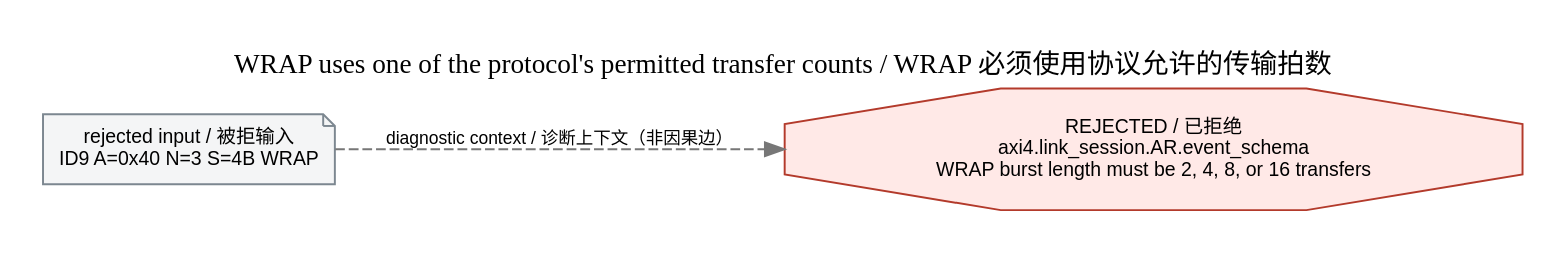
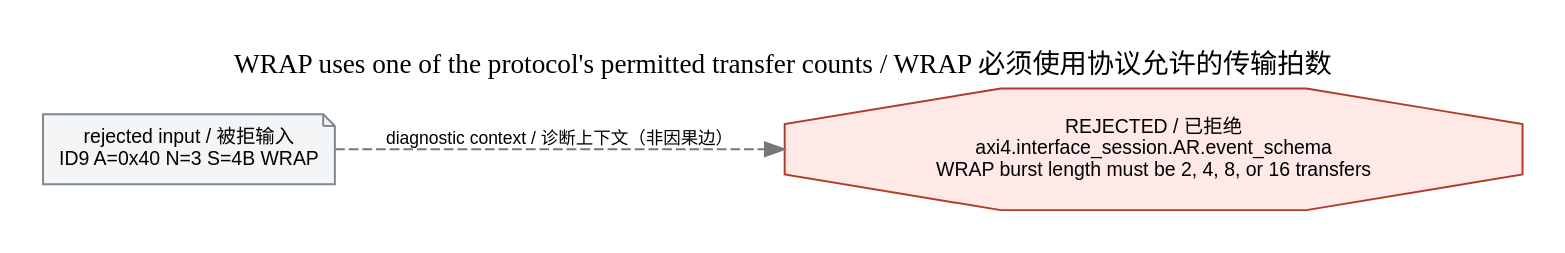
Before and after one commit to WhiteDeerPro/PROTOCOL_MODEL: the diagram in showcase/generated/axi4/sources/cases/read-wrap-three-illegal/causality.dot, drawn with Graphviz. The commit also changed 755 other files, not shown here.

```diff
--- a/showcase/generated/axi4/sources/cases/read-wrap-three-illegal/causality.dot
+++ b/showcase/generated/axi4/sources/cases/read-wrap-three-illegal/causality.dot
@@ -1,11 +1,11 @@
 digraph axi4_case {
   rankdir=LR;
   label="WRAP uses one of the protocol's permitted transfer counts / WRAP 必须使用协议允许的传输拍数";
   labelloc="t";
   graph [bgcolor="white", nodesep=0.4, ranksep=0.65, splines=polyline, pad=0.2];
   node [shape=box, style="rounded,filled", fillcolor="#eef5ff", color="#3169a8", fontname="sans-serif", fontsize=10];
   edge [color="#3169a8", fontname="sans-serif", fontsize=9];
   context [shape=note, style="filled", fillcolor="#f4f5f6", color="#7c8790", label="rejected input / 被拒输入\nID9 A=0x40 N=3 S=4B WRAP"];
-  fault [shape=octagon, style="filled", fillcolor="#ffe9e7", color="#b33a2b", label="REJECTED / 已拒绝\naxi4.link_session.AR.event_schema\nWRAP burst length must be 2, 4, 8, or 16 transfers"];
+  fault [shape=octagon, style="filled", fillcolor="#ffe9e7", color="#b33a2b", label="REJECTED / 已拒绝\naxi4.interface_session.AR.event_schema\nWRAP burst length must be 2, 4, 8, or 16 transfers"];
   context -> fault [style=dashed, color="#777777", label="diagnostic context / 诊断上下文（非因果边）"];
 }
```
